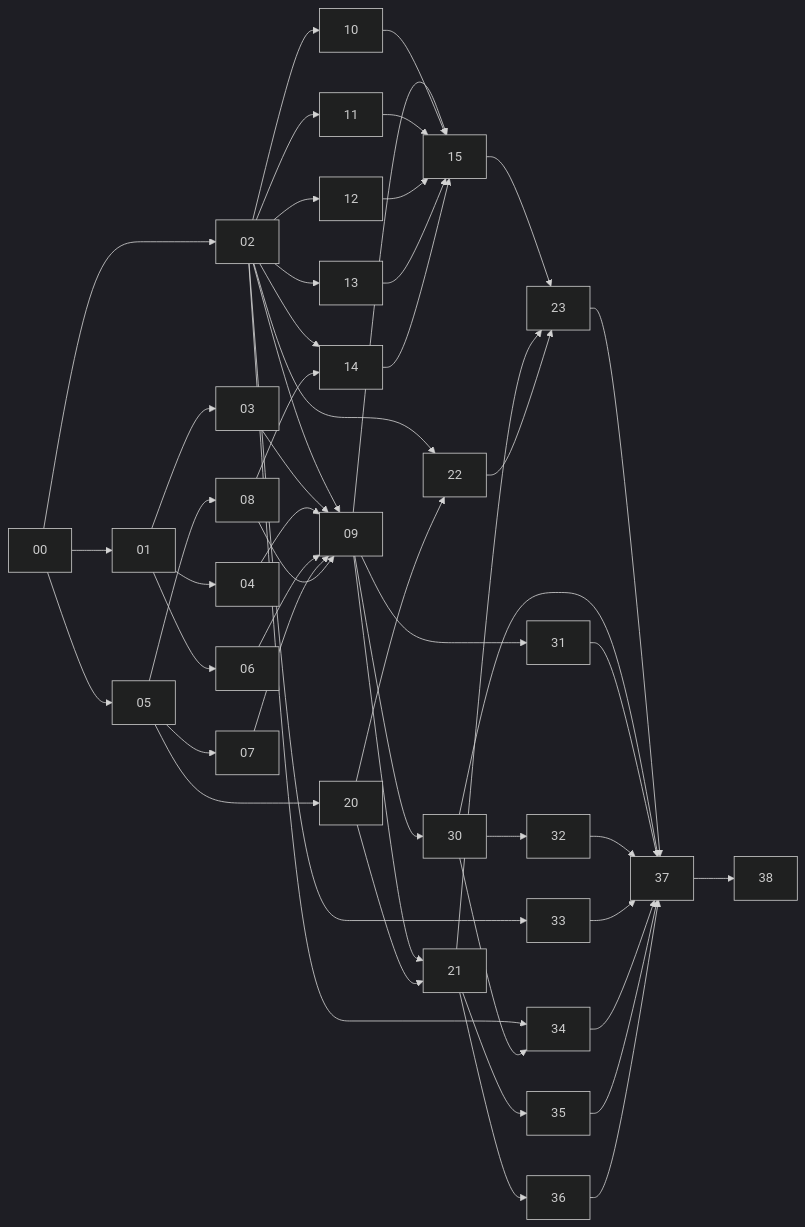
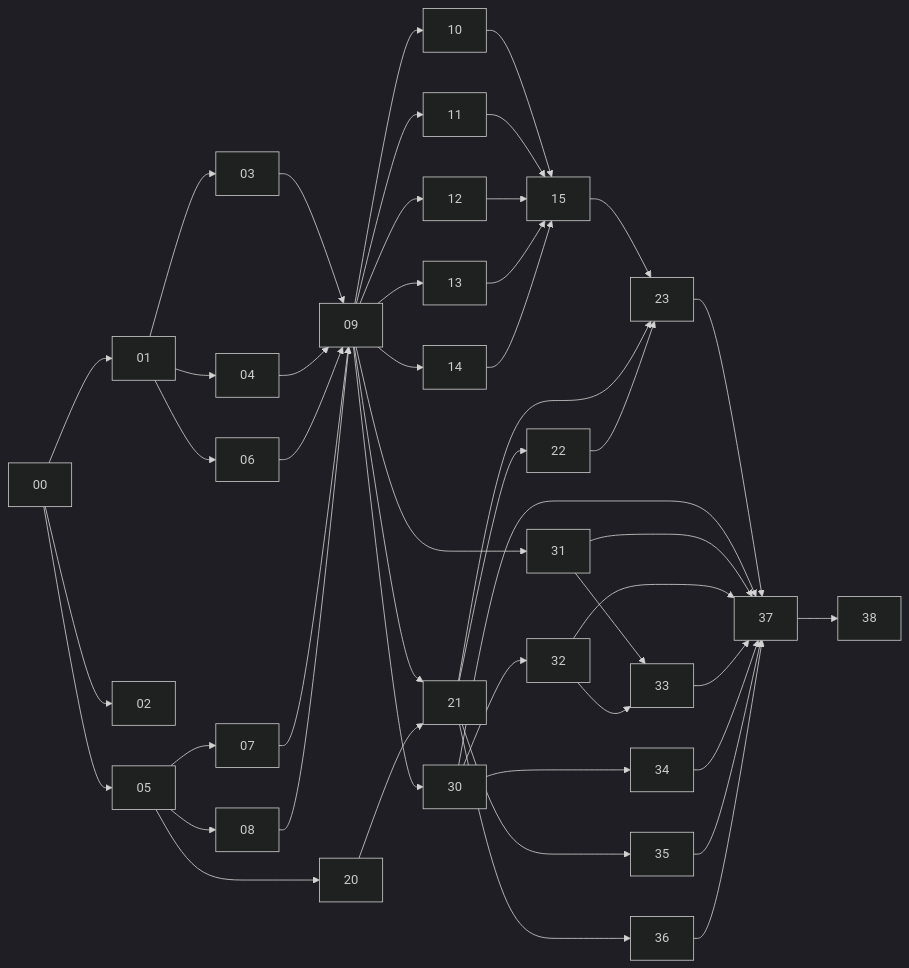
Before and after one commit to vdassios/runcompare: the diagram in tasks/README.md, drawn with Mermaid (dark theme). The commit also changed other lines of this file and 20 other files, not shown here.

````diff
--- a/tasks/README.md
+++ b/tasks/README.md
@@ -81,17 +81,17 @@
 ```mermaid
 graph LR
   00 --> 01 & 02 & 05
   01 --> 03 & 04 & 06
   05 --> 07 & 08 & 20
-  02 --> 09 & 10 & 11 & 12 & 13 & 14 & 22 & 33 & 34
   03 & 04 & 06 & 07 & 08 --> 09
-  08 --> 14
-  09 & 10 & 11 & 12 & 13 & 14 --> 15
-  09 --> 21 & 30 & 31
-  20 --> 21 & 22
+  09 --> 10 & 11 & 12 & 13 & 14 & 21 & 30 & 31
+  10 & 11 & 12 & 13 & 14 --> 15
+  20 --> 21
+  21 --> 22
   15 & 21 & 22 --> 23
   30 --> 32 & 34
+  31 & 32 --> 33
   21 --> 35 & 36
   23 & 30 & 31 & 32 & 33 & 34 & 35 & 36 --> 37
   37 --> 38
 ```
````
